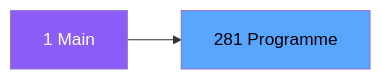
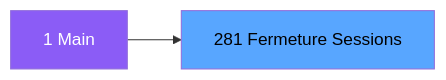
The second of 3 diagrams in .openspec/specs/ADH-IDE-281.md (thonyAGP/magic-migration), drawn with Mermaid before and after one commit. The commit also changed other lines of this file and 323 other files, not shown here.

````diff
--- a/.openspec/specs/ADH-IDE-281.md
+++ b/.openspec/specs/ADH-IDE-281.md
@@ -99,8 +109,8 @@
 ```mermaid
 graph LR
     M[1 Main]
-    T[281 Programme]
+    T[281 Fermeture Sessions]
     M --> T
     style M fill:#8b5cf6,color:#fff
     style T fill:#58a6ff,color:#000
 ```
````
